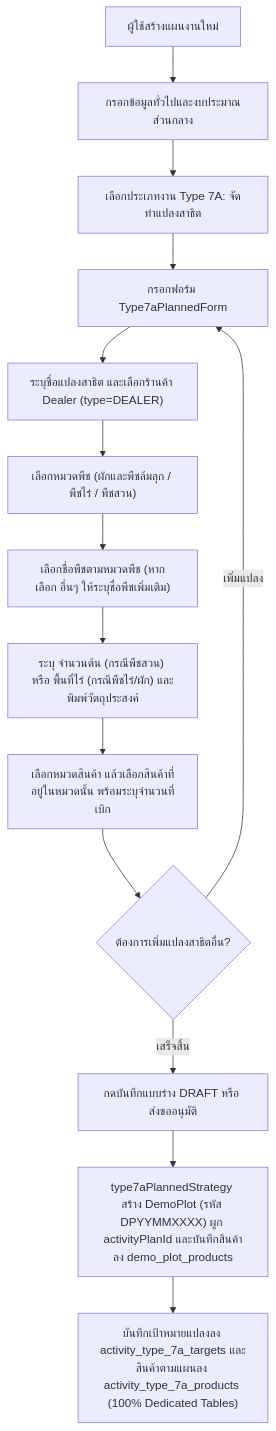
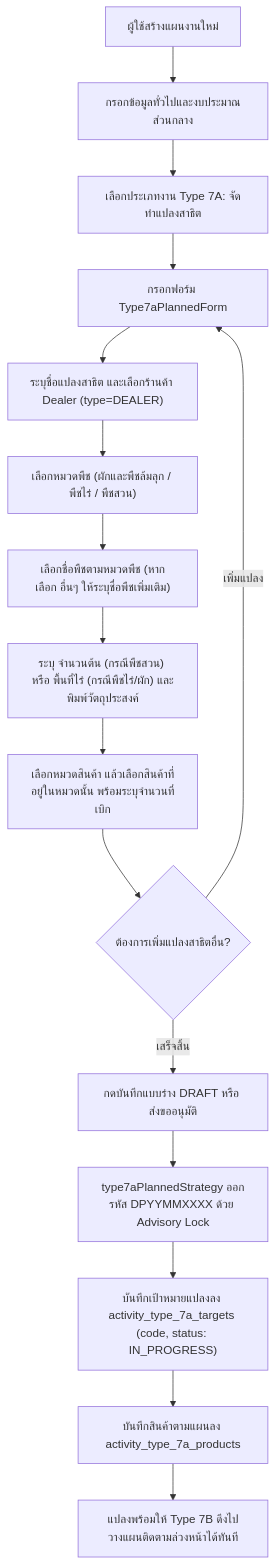
The first of 4 diagrams in modules/activity/features/type-7a/README.md (bankhk10/crm-bank), drawn with Mermaid before and after one commit. The commit also changed other lines of this file and 39 other files, not shown here.

````diff
--- a/modules/activity/features/type-7a/README.md
+++ b/modules/activity/features/type-7a/README.md
@@ -62,16 +62,18 @@
 ```mermaid
 graph TD
     A["ผู้ใช้สร้างแผนงานใหม่"] --> B["กรอกข้อมูลทั่วไปและงบประมาณส่วนกลาง"]
     B --> C["เลือกประเภทงาน Type 7A: จัดทำแปลงสาธิต"]
     C --> D["กรอกฟอร์ม Type7aPlannedForm"]
     D --> E["ระบุชื่อแปลงสาธิต และเลือกร้านค้า Dealer (type=DEALER)"]
     E --> F["เลือกหมวดพืช (ผักและพืชล้มลุก / พืชไร่ / พืชสวน)"]
     F --> G["เลือกชื่อพืชตามหมวดพืช (หากเลือก อื่นๆ ให้ระบุชื่อพืชเพิ่มเติม)"]
     G --> H["ระบุ จำนวนต้น (กรณีพืชสวน) หรือ พื้นที่ไร่ (กรณีพืชไร่/ผัก) และพิมพ์วัตถุประสงค์"]
     H --> I["เลือกหมวดสินค้า แล้วเลือกสินค้าที่อยู่ในหมวดนั้น พร้อมระบุจำนวนที่เบิก"]
     I --> J{"ต้องการเพิ่มแปลงสาธิตอื่น?"}
     J -->|"เพิ่มแปลง"| D
     J -->|"เสร็จสิ้น"| K["กดบันทึกแบบร่าง DRAFT หรือ ส่งขออนุมัติ"]
-    K --> L["type7aPlannedStrategy สร้าง DemoPlot (รหัส DPYYMMXXXX) ผูก activityPlanId และบันทึกสินค้าลง demo_plot_products"]
-    L --> M["บันทึกเป้าหมายแปลงลง activity_type_7a_targets และสินค้าตามแผนลง activity_type_7a_products (100% Dedicated Tables)"]
+    K --> L["type7aPlannedStrategy ออกรหัส DPYYMMXXXX ด้วย Advisory Lock"]
+    L --> M["บันทึกเป้าหมายแปลงลง activity_type_7a_targets (code, status: IN_PROGRESS)"]
+    M --> N["บันทึกสินค้าตามแผนลง activity_type_7a_products"]
+    N --> O["แปลงพร้อมให้ Type 7B ดึงไปวางแผนติดตามล่วงหน้าได้ทันที"]
 ```
````
